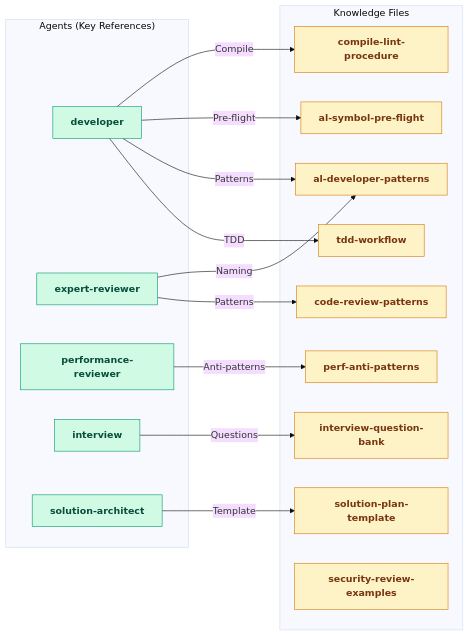
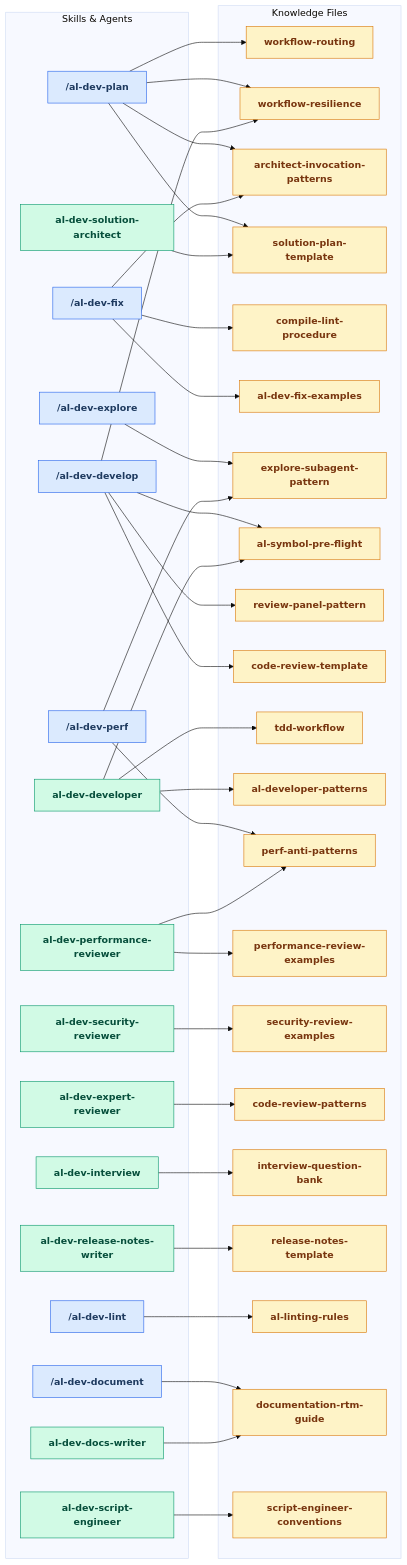
One commit to russell-laing/al-dev-shared changed the second of 2 diagrams in docs/al-dev-workflow-diagrams.md. Above: the diagram before and after it, drawn with Mermaid (base theme). The commit also changed other lines of this file, not shown here.

Commit message:
docs: update workflow diagrams to reflect new skills and agents architecture

````diff
--- a/docs/al-dev-workflow-diagrams.md
+++ b/docs/al-dev-workflow-diagrams.md
@@ -82,38 +125,121 @@
 ```mermaid
 flowchart LR
+    classDef skillNode fill:#dbeafe,stroke:#2563eb,color:#1e3a5f,font-weight:bold
     classDef agentNode fill:#d1fae5,stroke:#059669,color:#064e3b,font-weight:bold
     classDef knowledgeNode fill:#fef3c7,stroke:#d97706,color:#78350f,font-weight:bold
 
-    subgraph Agents["Agents (Key References)"]
-        al_dev_developer["developer"]
-        al_dev_expert_reviewer["expert-reviewer"]
-        al_dev_performance_reviewer["performance-reviewer"]
-        al_dev_interview_agent["interview"]
-        al_dev_solution_architect["solution-architect"]
+    subgraph Sources[Skills & Agents]
+        al_dev_plan_s["/al-dev-plan"]
+        al_dev_fix_s["/al-dev-fix"]
+        al_dev_develop_s["/al-dev-develop"]
+        al_dev_lint_s["/al-dev-lint"]
+        al_dev_explore_s["/al-dev-explore"]
+        al_dev_perf_s["/al-dev-perf"]
+        al_dev_document_s["/al-dev-document"]
+        developer_a["al-dev-developer"]
+        solution_architect_a["al-dev-solution-architect"]
+        interview_a["al-dev-interview"]
+        release_notes_a["al-dev-release-notes-writer"]
+        security_review_a["al-dev-security-reviewer"]
+        expert_review_a["al-dev-expert-reviewer"]
+        perf_review_a["al-dev-performance-reviewer"]
+        script_engineer_a["al-dev-script-engineer"]
+        docs_writer_a["al-dev-docs-writer"]
     end
 
-    subgraph Knowledge["Knowledge Files"]
+    subgraph Knowledge[Knowledge Files]
+        workflow_routing["workflow-routing"]
+        workflow_resilience["workflow-resilience"]
+        architect_patterns["architect-invocation-patterns"]
+        solution_template["solution-plan-template"]
+        compile_lint["compile-lint-procedure"]
+        fix_examples["al-dev-fix-examples"]
+        explore_pattern["explore-subagent-pattern"]
+        symbol_preflight["al-symbol-pre-flight"]
+        review_panel["review-panel-pattern"]
+        code_review_template["code-review-template"]
         tdd_workflow["tdd-workflow"]
         al_patterns["al-developer-patterns"]
-        code_review["code-review-patterns"]
         perf_patterns["perf-anti-patterns"]
+        perf_examples["performance-review-examples"]
+        security_examples["security-review-examples"]
+        code_review_patterns["code-review-patterns"]
         interview_bank["interview-question-bank"]
-        solution_plan["solution-plan-template"]
-        compile_lint["compile-lint-procedure"]
-        symbol_preflight["al-symbol-pre-flight"]
-        security_patterns["security-review-examples"]
+        release_template["release-notes-template"]
+        linting_rules["al-linting-rules"]
+        doc_rtm["documentation-rtm-guide"]
+        script_conventions["script-engineer-conventions"]
     end
 
-    al_dev_developer -->|TDD| tdd_workflow
-    al_dev_developer -->|Patterns| al_patterns
-    al_dev_developer -->|Pre-flight| symbol_preflight
-    al_dev_developer -->|Compile| compile_lint
-    al_dev_expert_reviewer -->|Patterns| code_review
-    al_dev_expert_reviewer -->|Naming| al_patterns
-    al_dev_performance_reviewer -->|Anti-patterns| perf_patterns
-    al_dev_interview_agent -->|Questions| interview_bank
-    al_dev_solution_architect -->|Template| solution_plan
+    %% Skills → Knowledge
+    al_dev_plan_s --> workflow_routing
+    al_dev_plan_s --> workflow_resilience
+    al_dev_plan_s --> architect_patterns
+    al_dev_plan_s --> solution_template
+    al_dev_fix_s --> compile_lint
+    al_dev_fix_s --> architect_patterns
+    al_dev_fix_s --> fix_examples
+    al_dev_develop_s --> workflow_resilience
+    al_dev_develop_s --> symbol_preflight
+    al_dev_develop_s --> review_panel
+    al_dev_develop_s --> code_review_template
+    al_dev_lint_s --> linting_rules
+    al_dev_explore_s --> explore_pattern
+    al_dev_perf_s --> explore_pattern
+    al_dev_perf_s --> perf_patterns
+    al_dev_document_s --> doc_rtm
 
-    class al_dev_developer,al_dev_expert_reviewer,al_dev_performance_reviewer,al_dev_interview_agent,al_dev_solution_architect agentNode
-    class tdd_workflow,al_patterns,code_review,perf_patterns,interview_bank,solution_plan,compile_lint,symbol_preflight,security_patterns knowledgeNode
+    %% Agents → Knowledge
+    developer_a --> symbol_preflight
+    developer_a --> tdd_workflow
+    developer_a --> al_patterns
+    solution_architect_a --> solution_template
+    interview_a --> interview_bank
+    release_notes_a --> release_template
+    security_review_a --> security_examples
+    expert_review_a --> code_review_patterns
+    perf_review_a --> perf_patterns
+    perf_review_a --> perf_examples
+    script_engineer_a --> script_conventions
+    docs_writer_a --> doc_rtm
+
+    class al_dev_plan_s skillNode
+    class al_dev_fix_s skillNode
+    class al_dev_develop_s skillNode
+    class al_dev_lint_s skillNode
+    class al_dev_explore_s skillNode
+    class al_dev_perf_s skillNode
+    class al_dev_document_s skillNode
+
+    class developer_a agentNode
+    class solution_architect_a agentNode
+    class interview_a agentNode
+    class release_notes_a agentNode
+    class security_review_a agentNode
+    class expert_review_a agentNode
+    class perf_review_a agentNode
+    class script_engineer_a agentNode
+    class docs_writer_a agentNode
+
+    class workflow_routing knowledgeNode
+    class workflow_resilience knowledgeNode
+    class architect_patterns knowledgeNode
+    class solution_template knowledgeNode
+    class compile_lint knowledgeNode
+    class fix_examples knowledgeNode
+    class explore_pattern knowledgeNode
+    class symbol_preflight knowledgeNode
+    class review_panel knowledgeNode
+    class code_review_template knowledgeNode
+    class tdd_workflow knowledgeNode
+    class al_patterns knowledgeNode
+    class perf_patterns knowledgeNode
+    class perf_examples knowledgeNode
+    class security_examples knowledgeNode
+    class code_review_patterns knowledgeNode
+    class interview_bank knowledgeNode
+    class release_template knowledgeNode
+    class linting_rules knowledgeNode
+    class doc_rtm knowledgeNode
+    class script_conventions knowledgeNode
 ```
````
